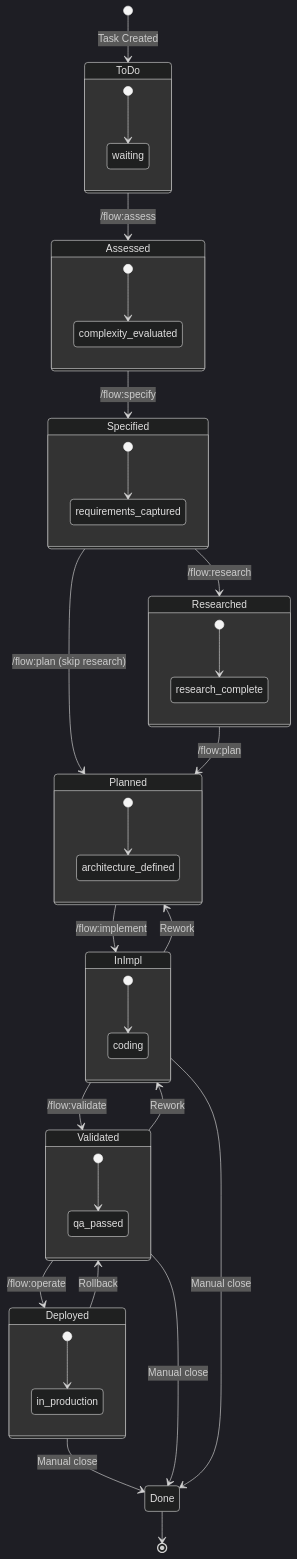
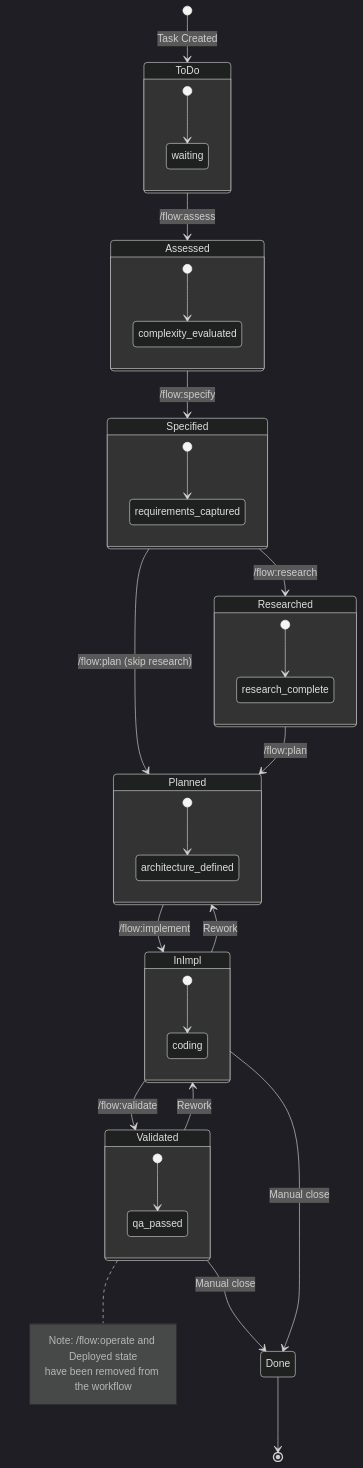
Before and after one commit to jpoley/flowspec: the first of 5 diagrams in user-docs/reference/agent-architecture-diagrams.md, drawn with Mermaid (dark theme). The commit also changed other lines of this file and 18 other files, not shown here.

First line of the commit message:
docs: remove /flow:operate and Deployed state from all documentation

````diff
--- a/user-docs/reference/agent-architecture-diagrams.md
+++ b/user-docs/reference/agent-architecture-diagrams.md
@@ -21,48 +23,47 @@
 ```mermaid
 stateDiagram-v2
     [*] --> ToDo: Task Created
 
     ToDo --> Assessed: /flow:assess
     Assessed --> Specified: /flow:specify
     Specified --> Researched: /flow:research
     Specified --> Planned: /flow:plan (skip research)
     Researched --> Planned: /flow:plan
     Planned --> InImpl: /flow:implement
     InImpl --> Validated: /flow:validate
-    Validated --> Deployed: /flow:operate
 
-    Deployed --> Done: Manual close
     Validated --> Done: Manual close
     InImpl --> Done: Manual close
 
     InImpl --> Planned: Rework
     Validated --> InImpl: Rework
-    Deployed --> Validated: Rollback
 
     Done --> [*]
 
     state ToDo {
         [*] --> waiting
     }
     state Assessed {
         [*] --> complexity_evaluated
     }
     state Specified {
         [*] --> requirements_captured
     }
     state Researched {
         [*] --> research_complete
     }
     state Planned {
         [*] --> architecture_defined
     }
     state InImpl {
         [*] --> coding
     }
     state Validated {
         [*] --> qa_passed
     }
-    state Deployed {
-        [*] --> in_production
-    }
+
+note right of Validated
+    Note: /flow:operate and Deployed state
+    have been removed from the workflow
+end note
 ```
````
